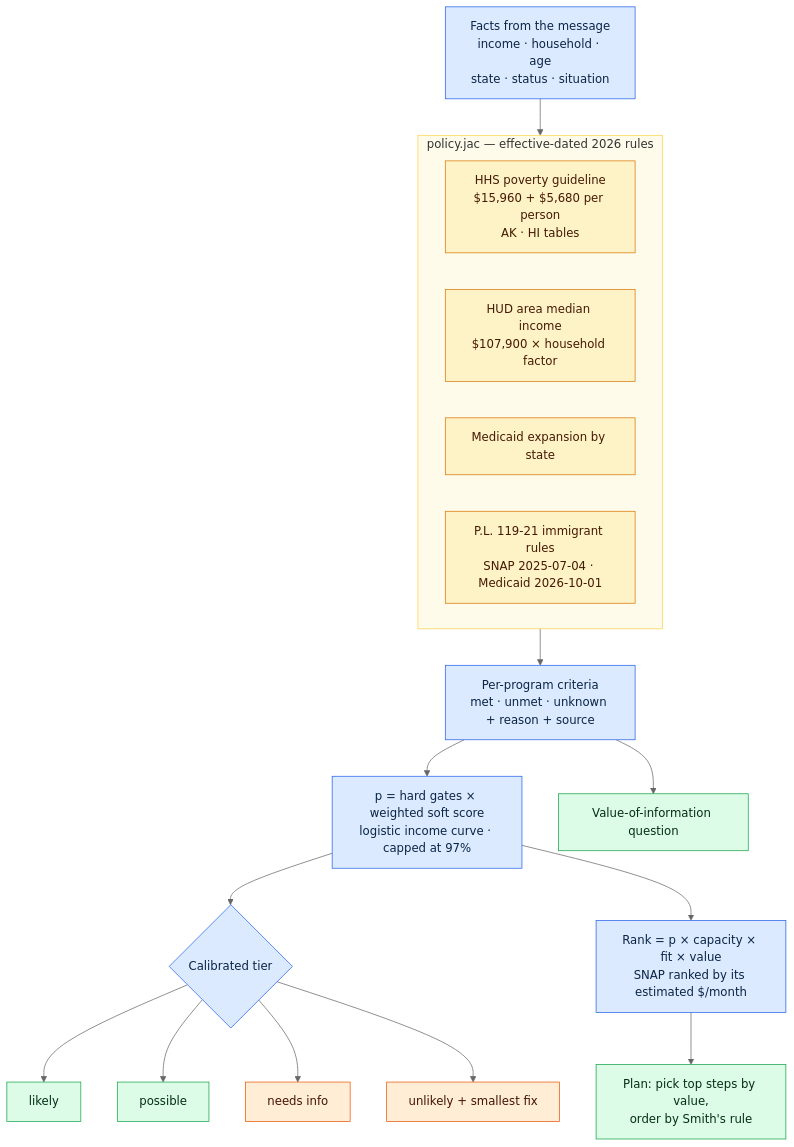
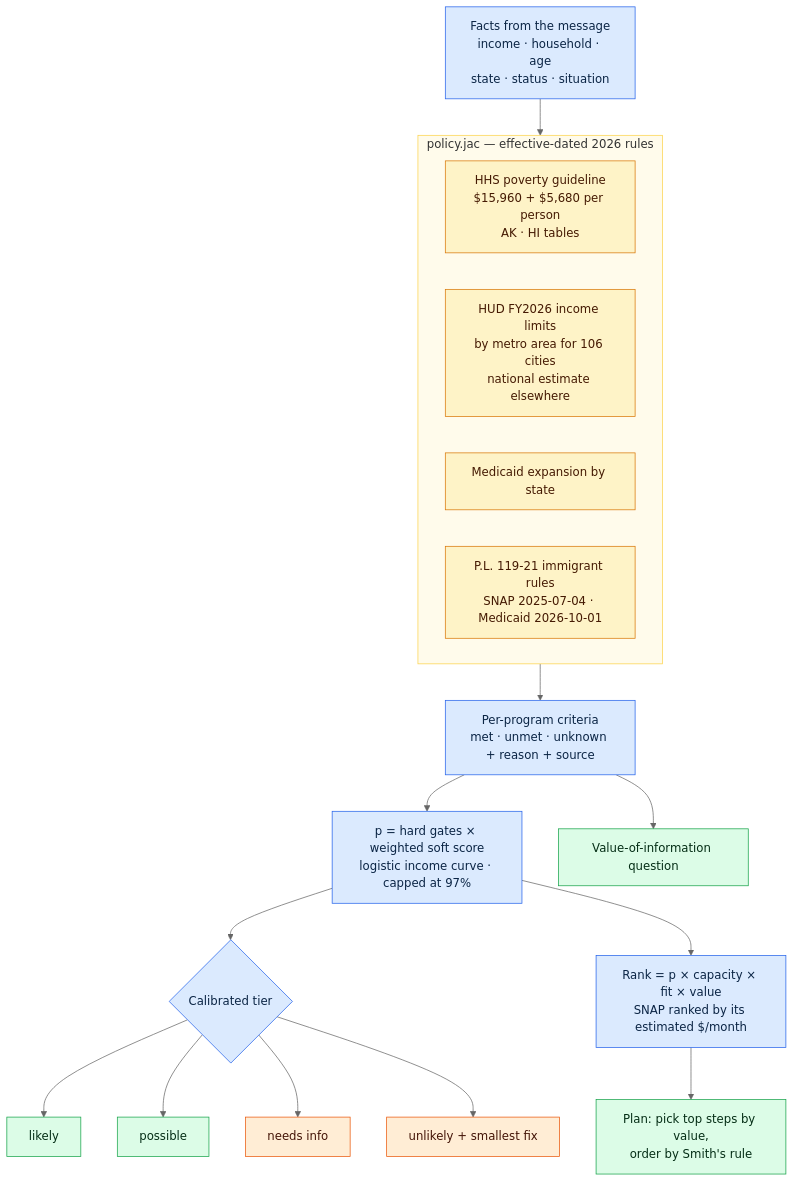
One commit to Anbu-00001/CivicMesh changed the fifth of 11 diagrams in README.md. Above: the diagram before and after it, drawn with Mermaid (neutral theme). The commit also changed other lines of this file and 32 other files, not shown here.

First line of the commit message:
Survive a flaky proxy; fix the live conversation that stuck; escalate-only crisis cues, quick exit, local HUD limits

````diff
--- a/README.md
+++ b/README.md
@@ -302,27 +316,27 @@
 ```mermaid
 flowchart TD
     F[Facts from the message<br/>income · household · age<br/>state · status · situation]:::det --> PT
     subgraph PT["policy.jac — effective-dated 2026 rules"]
         direction LR
         FPL[HHS poverty guideline<br/>$15,960 + $5,680 per person<br/>AK · HI tables]:::pol
-        AMI[HUD area median income<br/>$107,900 × household factor]:::pol
+        AMI[HUD FY2026 income limits<br/>by metro area for 106 cities<br/>national estimate elsewhere]:::pol
         MED[Medicaid expansion by state]:::pol
         IMM[P.L. 119-21 immigrant rules<br/>SNAP 2025-07-04 · Medicaid 2026-10-01]:::pol
     end
     PT --> CR[Per-program criteria<br/>met · unmet · unknown + reason + source]:::det
     CR --> SC["p = hard gates × weighted soft score<br/>logistic income curve · capped at 97%"]:::det
     SC --> TI{Calibrated tier}:::det
     TI --> LI[likely]:::ok
     TI --> PO[possible]:::ok
     TI --> NI[needs info]:::warn
     TI --> UN[unlikely + smallest fix]:::warn
     SC --> RK[Rank = p × capacity × fit × value<br/>SNAP ranked by its estimated $/month]:::det
     RK --> PL[Plan: pick top steps by value,<br/>order by Smith's rule]:::ok
     CR --> VQ[Value-of-information question]:::ok
 
     classDef det fill:#dbeafe,stroke:#2563eb,color:#0b2545
     classDef pol fill:#fef3c7,stroke:#d97706,color:#451a03
     classDef ok fill:#dcfce7,stroke:#16a34a,color:#052e16
     classDef warn fill:#ffedd5,stroke:#ea580c,color:#431407
     style PT fill:#fffbeb,stroke:#fcd34d
 ```
````
